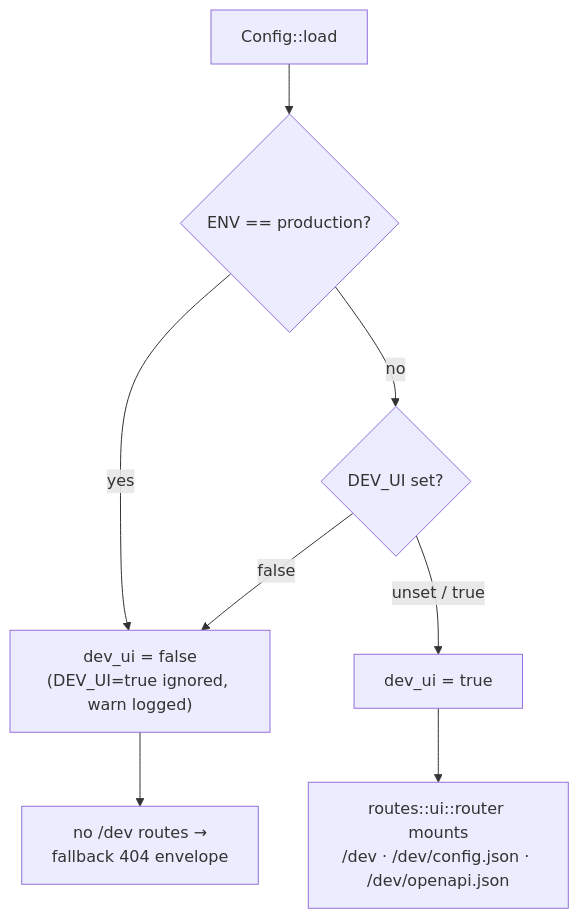
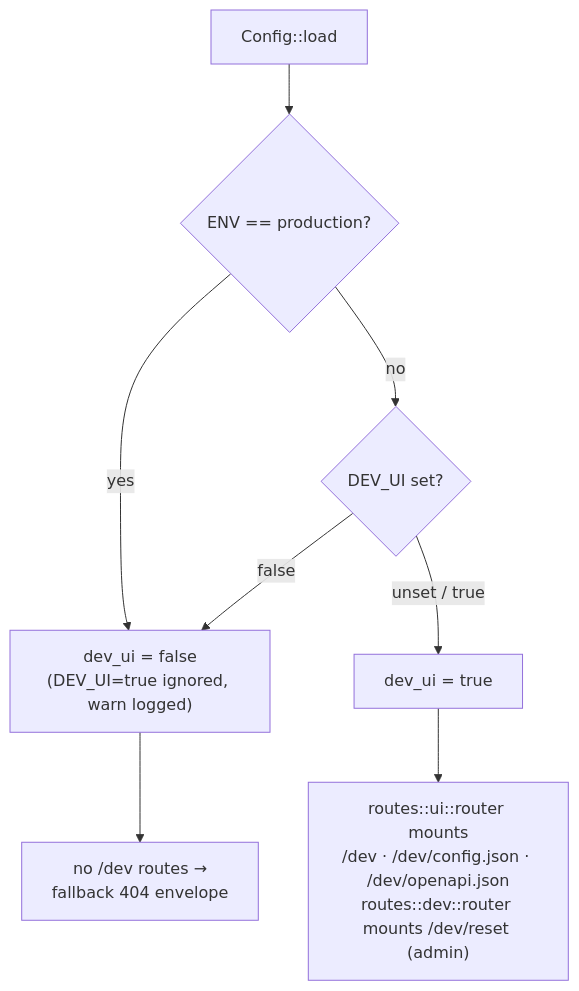
The first of 3 diagrams in docs/design/10-dev-explorer.md (NinjaGoldfinch/riot-proxy), drawn with Mermaid before and after one commit. The commit also changed other lines of this file and 9 other files, not shown here.

First line of the commit message:
feat(dev): Reset tab and /dev/reset wipe all fetched data (#91)

````diff
--- a/docs/design/10-dev-explorer.md
+++ b/docs/design/10-dev-explorer.md
@@ -22,10 +22,10 @@
 ```mermaid
 flowchart TD
   A[Config::load] --> B{ENV == production?}
   B -- yes --> OFF["dev_ui = false<br/>(DEV_UI=true ignored, warn logged)"]
   B -- no --> C{DEV_UI set?}
   C -- "false" --> OFF
   C -- "unset / true" --> ON[dev_ui = true]
-  ON --> R["routes::ui::router mounts<br/>/dev · /dev/config.json · /dev/openapi.json"]
+  ON --> R["routes::ui::router mounts<br/>/dev · /dev/config.json · /dev/openapi.json<br/>routes::dev::router mounts /dev/reset (admin)"]
   OFF --> N["no /dev routes →<br/>fallback 404 envelope"]
 ```
````
